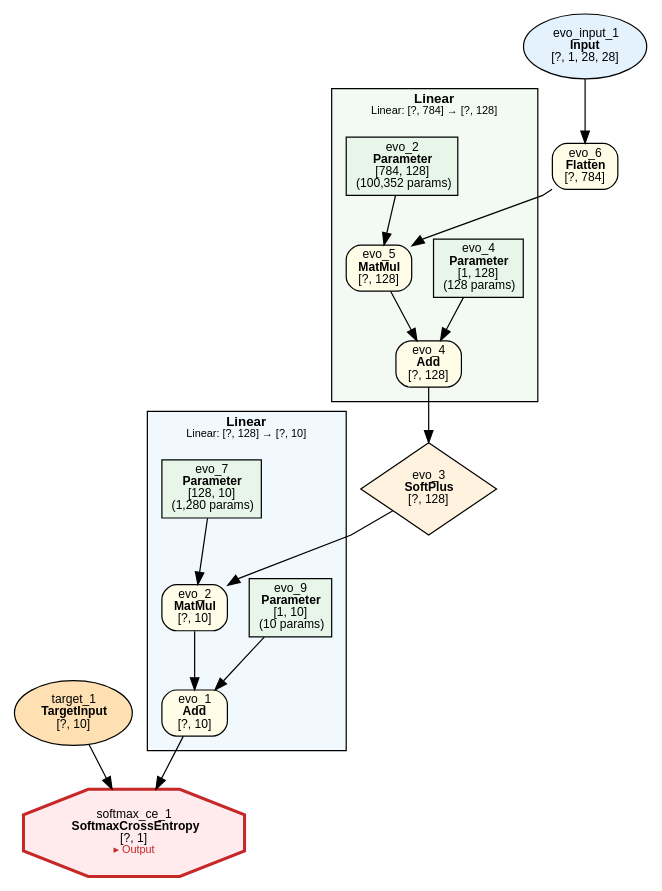
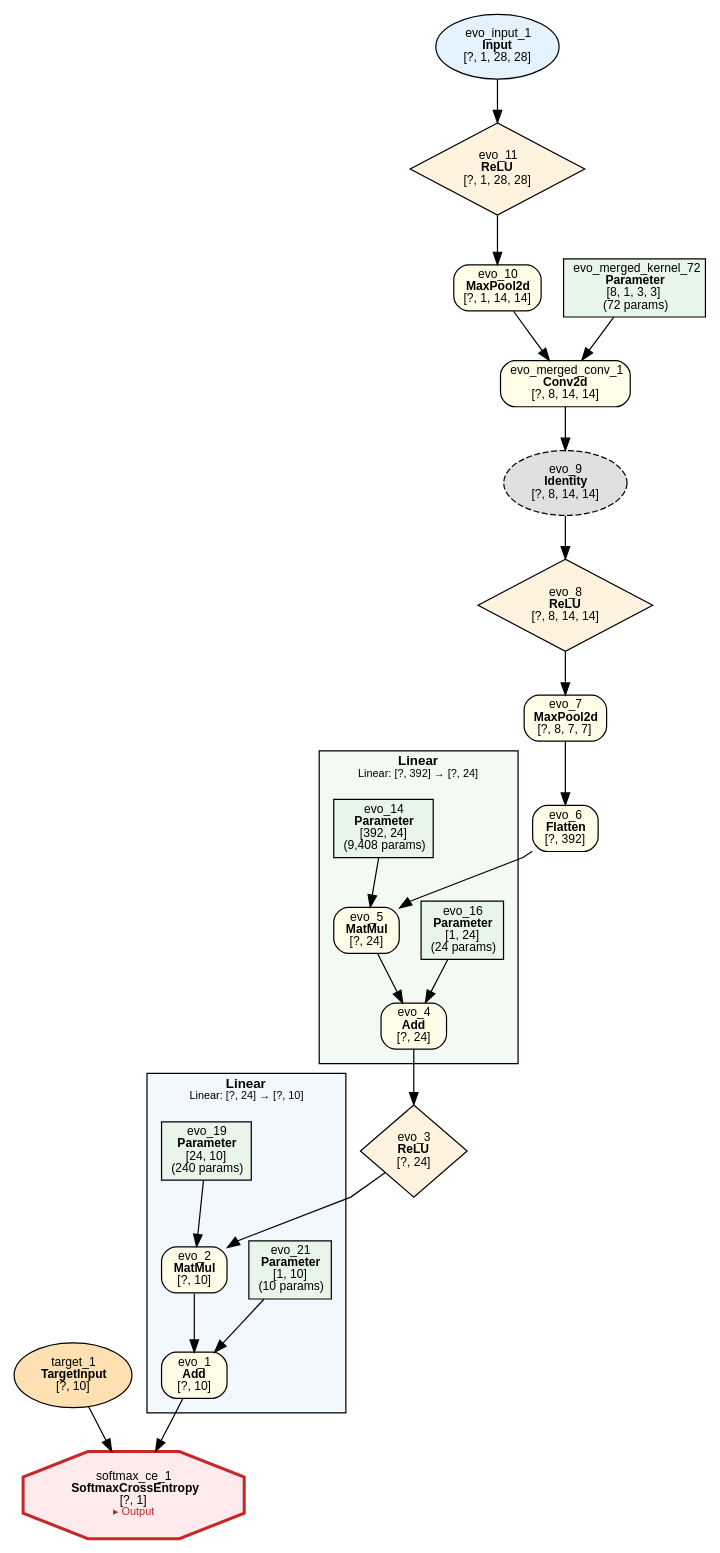
Before and after one commit to dbsxdbsx/only_torch: the diagram in examples/evolution/mnist/evolution_mnist.dot, drawn with Graphviz. The commit also changed 10 other files, not shown here.

```diff
--- a/examples/evolution/mnist/evolution_mnist.dot
+++ b/examples/evolution/mnist/evolution_mnist.dot
@@ -1,52 +1,66 @@
 digraph ComputeGraph {
     rankdir=TB;
     newrank=true;
     splines=polyline;
     node [fontname="Microsoft YaHei,SimHei,Arial"];
     edge [fontname="Microsoft YaHei,SimHei,Arial"];
 
-    subgraph cluster_group_linear_1 {
-        label=<<B>Linear</B><BR/><FONT POINT-SIZE="9">Linear: [?, 128] → [?, 10]</FONT>>;
+    subgraph cluster_group_linear_3 {
+        label=<<B>Linear</B><BR/><FONT POINT-SIZE="9">Linear: [?, 24] → [?, 10]</FONT>>;
         style=filled;
         fillcolor="#E3F2FD80";
         fontname="Microsoft YaHei,SimHei,Arial";
         fontsize=11;
         margin=12;
             "2" [label=<evo_1<BR/><B>Add</B><BR/>[?, 10]> shape=box style="filled,rounded" fillcolor="#FFFDE7" fontsize=10];
             "4" [label=<evo_2<BR/><B>MatMul</B><BR/>[?, 10]> shape=box style="filled,rounded" fillcolor="#FFFDE7" fontsize=10];
-            "5" [label=<evo_9<BR/><B>Parameter</B><BR/>[1, 10]<BR/>(10 params)> shape=box style=filled fillcolor="#E8F5E9" fontsize=10];
-            "7" [label=<evo_7<BR/><B>Parameter</B><BR/>[128, 10]<BR/>(1,280 params)> shape=box style=filled fillcolor="#E8F5E9" fontsize=10];
+            "5" [label=<evo_21<BR/><B>Parameter</B><BR/>[1, 10]<BR/>(10 params)> shape=box style=filled fillcolor="#E8F5E9" fontsize=10];
+            "7" [label=<evo_19<BR/><B>Parameter</B><BR/>[24, 10]<BR/>(240 params)> shape=box style=filled fillcolor="#E8F5E9" fontsize=10];
     }
 
-    subgraph cluster_group_linear_0 {
-        label=<<B>Linear</B><BR/><FONT POINT-SIZE="9">Linear: [?, 784] → [?, 128]</FONT>>;
+    subgraph cluster_group_linear_2 {
+        label=<<B>Linear</B><BR/><FONT POINT-SIZE="9">Linear: [?, 392] → [?, 24]</FONT>>;
         style=filled;
         fillcolor="#E8F5E980";
         fontname="Microsoft YaHei,SimHei,Arial";
         fontsize=11;
         margin=12;
-            "8" [label=<evo_4<BR/><B>Add</B><BR/>[?, 128]> shape=box style="filled,rounded" fillcolor="#FFFDE7" fontsize=10];
-            "9" [label=<evo_5<BR/><B>MatMul</B><BR/>[?, 128]> shape=box style="filled,rounded" fillcolor="#FFFDE7" fontsize=10];
-            "10" [label=<evo_4<BR/><B>Parameter</B><BR/>[1, 128]<BR/>(128 params)> shape=box style=filled fillcolor="#E8F5E9" fontsize=10];
-            "12" [label=<evo_2<BR/><B>Parameter</B><BR/>[784, 128]<BR/>(100,352 params)> shape=box style=filled fillcolor="#E8F5E9" fontsize=10];
+            "8" [label=<evo_4<BR/><B>Add</B><BR/>[?, 24]> shape=box style="filled,rounded" fillcolor="#FFFDE7" fontsize=10];
+            "9" [label=<evo_5<BR/><B>MatMul</B><BR/>[?, 24]> shape=box style="filled,rounded" fillcolor="#FFFDE7" fontsize=10];
+            "10" [label=<evo_16<BR/><B>Parameter</B><BR/>[1, 24]<BR/>(24 params)> shape=box style=filled fillcolor="#E8F5E9" fontsize=10];
+            "12" [label=<evo_14<BR/><B>Parameter</B><BR/>[392, 24]<BR/>(9,408 params)> shape=box style=filled fillcolor="#E8F5E9" fontsize=10];
     }
 
     "1" [label=<softmax_ce_1<BR/><B>SoftmaxCrossEntropy</B><BR/>[?, 1]<BR/><FONT COLOR="#C62828" POINT-SIZE="9">▸ Output</FONT>> shape=octagon style=filled fillcolor="#FFEBEE" fontsize=10 penwidth=2.5 color="#C62828"];
     "3" [label=<target_1<BR/><B>TargetInput</B><BR/>[?, 10]> shape=ellipse style=filled fillcolor="#FFE0B2" fontsize=10];
-    "6" [label=<evo_3<BR/><B>SoftPlus</B><BR/>[?, 128]> shape=diamond style=filled fillcolor="#FFF3E0" fontsize=10];
-    "11" [label=<evo_6<BR/><B>Flatten</B><BR/>[?, 784]> shape=box style="filled,rounded" fillcolor="#FFFDE7" fontsize=10];
-    "13" [label=<evo_input_1<BR/><B>Input</B><BR/>[?, 1, 28, 28]> shape=ellipse style=filled fillcolor="#E3F2FD" fontsize=10];
+    "6" [label=<evo_3<BR/><B>ReLU</B><BR/>[?, 24]> shape=diamond style=filled fillcolor="#FFF3E0" fontsize=10];
+    "11" [label=<evo_6<BR/><B>Flatten</B><BR/>[?, 392]> shape=box style="filled,rounded" fillcolor="#FFFDE7" fontsize=10];
+    "13" [label=<evo_7<BR/><B>MaxPool2d</B><BR/>[?, 8, 7, 7]> shape=box style="filled,rounded" fillcolor="#FFFDE7" fontsize=10];
+    "14" [label=<evo_8<BR/><B>ReLU</B><BR/>[?, 8, 14, 14]> shape=diamond style=filled fillcolor="#FFF3E0" fontsize=10];
+    "15" [label=<evo_9<BR/><B>Identity</B><BR/>[?, 8, 14, 14]> shape=ellipse style="filled,dashed" fillcolor="#E0E0E0" fontsize=10];
+    "16" [label=<evo_merged_conv_1<BR/><B>Conv2d</B><BR/>[?, 8, 14, 14]> shape=box style="filled,rounded" fillcolor="#FFFDE7" fontsize=10];
+    "17" [label=<evo_10<BR/><B>MaxPool2d</B><BR/>[?, 1, 14, 14]> shape=box style="filled,rounded" fillcolor="#FFFDE7" fontsize=10];
+    "18" [label=<evo_merged_kernel_72<BR/><B>Parameter</B><BR/>[8, 1, 3, 3]<BR/>(72 params)> shape=box style=filled fillcolor="#E8F5E9" fontsize=10];
+    "19" [label=<evo_11<BR/><B>ReLU</B><BR/>[?, 1, 28, 28]> shape=diamond style=filled fillcolor="#FFF3E0" fontsize=10];
+    "20" [label=<evo_input_1<BR/><B>Input</B><BR/>[?, 1, 28, 28]> shape=ellipse style=filled fillcolor="#E3F2FD" fontsize=10];
 
     "2" -> "1";
     "3" -> "1";
     "4" -> "2";
     "5" -> "2";
     "6" -> "4";
     "7" -> "4";
     "8" -> "6";
     "9" -> "8";
     "10" -> "8";
     "11" -> "9";
     "12" -> "9";
     "13" -> "11";
+    "14" -> "13";
+    "15" -> "14";
+    "16" -> "15";
+    "17" -> "16";
+    "18" -> "16";
+    "19" -> "17";
+    "20" -> "19";
 }
```
